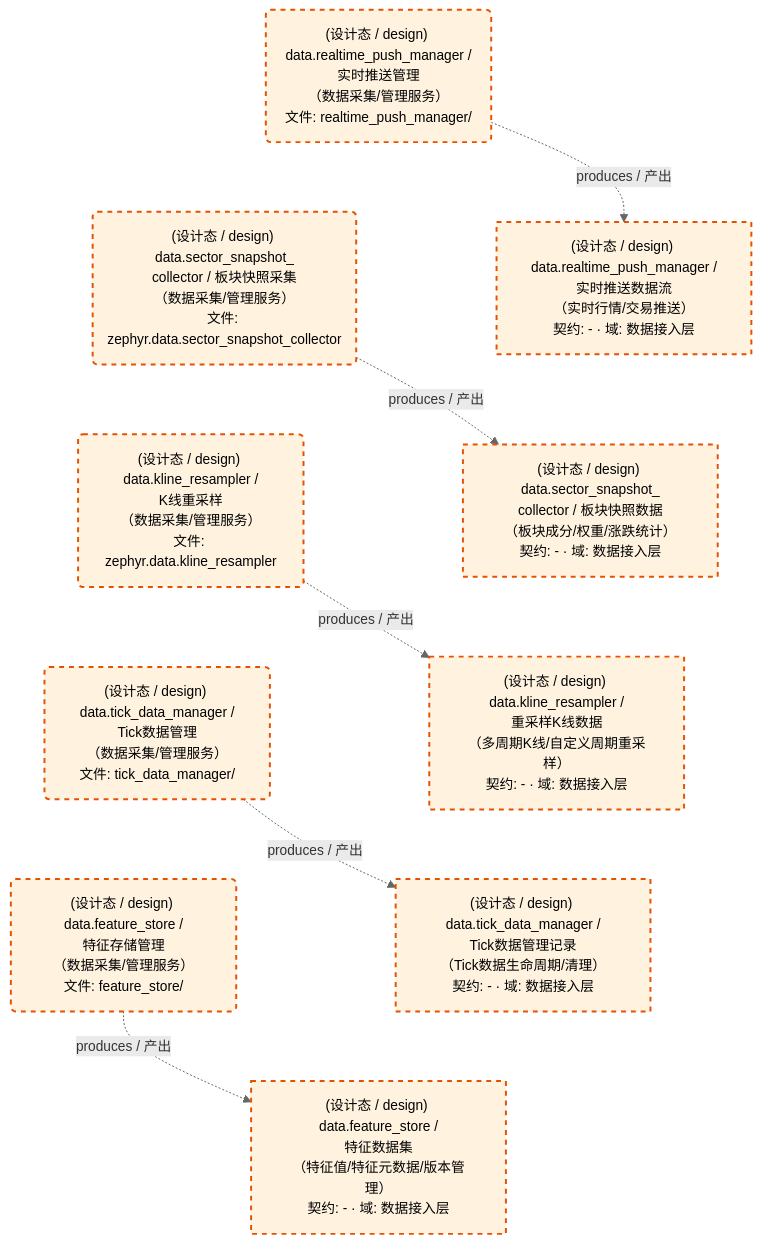
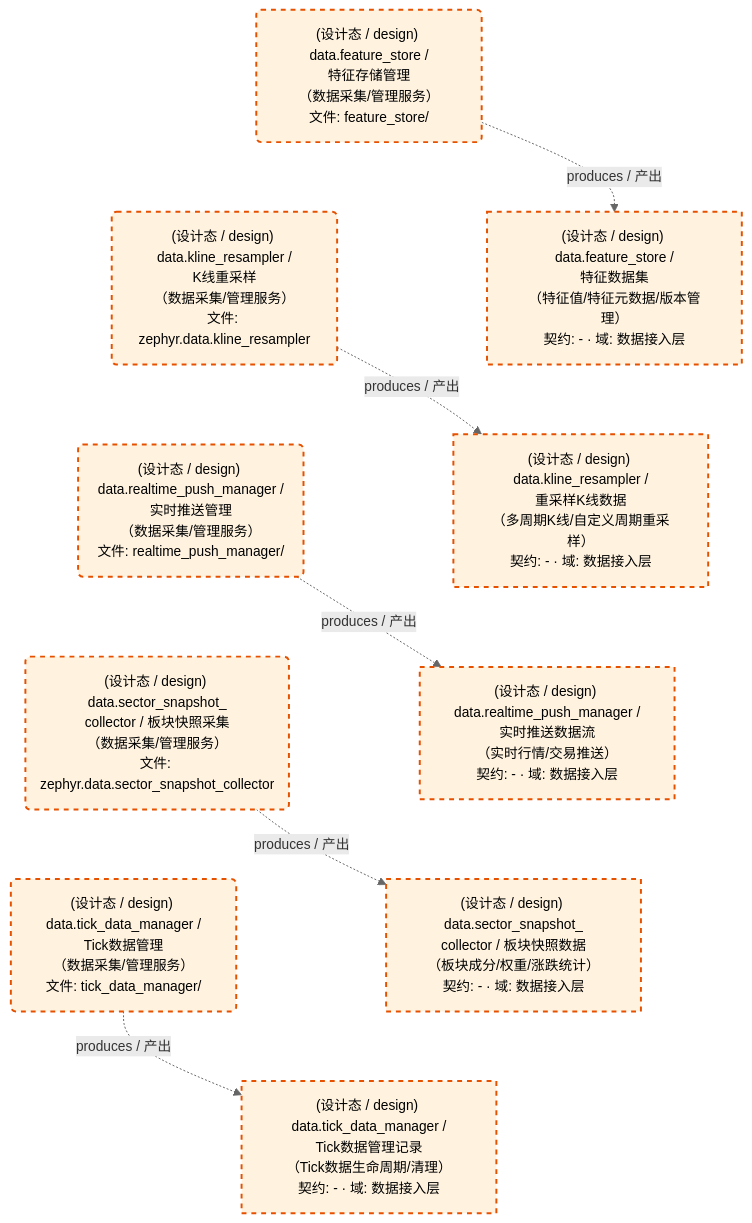
The first of 2 diagrams in docs/02_enterprise_architecture/05_dataflow_architecture/d_data.md (xuanFelixVan/ZephyrAlpha), drawn with Mermaid before and after one commit. The commit also changed other lines of this file and 42 other files, not shown here.

````diff
--- a/docs/02_enterprise_architecture/05_dataflow_architecture/d_data.md
+++ b/docs/02_enterprise_architecture/05_dataflow_architecture/d_data.md
@@ -49,32 +49,32 @@
 ```mermaid
 %%{init: {'theme': 'base', 'themeVariables': {'primaryColor': '#eaeaea', 'primaryTextColor': '#333333', 'primaryBorderColor': '#666666', 'lineColor': '#666666', 'secondaryColor': '#eaeaea', 'tertiaryColor': '#eaeaea', 'clusterBkg': 'transparent', 'clusterBorder': 'transparent', 'fontSize': '14px'}}}%%
 flowchart TD
     DS11253["(设计态 / design) data.feature_store /<br/>特征数据集<br/>（特征值/特征元数据/版本管理）<br/>契约: - · 域: 数据接入层"]
     DS11256["(设计态 / design) data.kline_resampler /<br/>重采样K线数据<br/>（多周期K线/自定义周期重采样）<br/>契约: - · 域: 数据接入层"]
     DS11254["(设计态 / design) data.realtime_push_manager /<br/>实时推送数据流<br/>（实时行情/交易推送）<br/>契约: - · 域: 数据接入层"]
     DS11257["(设计态 / design) data.sector_snapshot_<br/>collector / 板块快照数据<br/>（板块成分/权重/涨跌统计）<br/>契约: - · 域: 数据接入层"]
     DS11255["(设计态 / design) data.tick_data_manager /<br/>Tick数据管理记录<br/>（Tick数据生命周期/清理）<br/>契约: - · 域: 数据接入层"]
     JOB757617("(设计态 / design) data.feature_store /<br/>特征存储管理<br/>（数据采集/管理服务）<br/>文件: feature_store/")
     JOB757620("(设计态 / design) data.kline_resampler /<br/>K线重采样<br/>（数据采集/管理服务）<br/>文件: zephyr.data.kline_resampler")
     JOB757618("(设计态 / design) data.realtime_push_manager /<br/>实时推送管理<br/>（数据采集/管理服务）<br/>文件: realtime_push_manager/")
     JOB757621("(设计态 / design) data.sector_snapshot_<br/>collector / 板块快照采集<br/>（数据采集/管理服务）<br/>文件: zephyr.data.sector_snapshot_collector")
     JOB757619("(设计态 / design) data.tick_data_manager /<br/>Tick数据管理<br/>（数据采集/管理服务）<br/>文件: tick_data_manager/")
     JOB757617 -.->|produces / 产出| DS11253
     JOB757618 -.->|produces / 产出| DS11254
     JOB757619 -.->|produces / 产出| DS11255
     JOB757620 -.->|produces / 产出| DS11256
     JOB757621 -.->|produces / 产出| DS11257
+    JOB757617 ~~~ JOB757620
+    JOB757620 ~~~ JOB757618
     JOB757618 ~~~ JOB757621
-    JOB757621 ~~~ JOB757620
-    JOB757620 ~~~ JOB757619
-    JOB757619 ~~~ JOB757617
+    JOB757621 ~~~ JOB757619
+    DS11253 ~~~ DS11256
+    DS11256 ~~~ DS11254
     DS11254 ~~~ DS11257
-    DS11257 ~~~ DS11256
-    DS11256 ~~~ DS11255
-    DS11255 ~~~ DS11253
+    DS11257 ~~~ DS11255
     classDef production fill:#e1f5fe,stroke:#01579b,stroke-width:2px,color:#000
     classDef design fill:#fff3e0,stroke:#e65100,stroke-width:2px,color:#000,stroke-dasharray: 5 5
     classDef external_prod fill:#e8f4fd,stroke:#0277bd,stroke-width:1px,color:#000
     classDef external_design fill:#fff8e7,stroke:#ef6c00,stroke-width:1px,color:#000,stroke-dasharray: 5 5
     class DS11253,DS11256,DS11254,DS11257,DS11255,JOB757617,JOB757620,JOB757618,JOB757621,JOB757619 design
 ```
````
